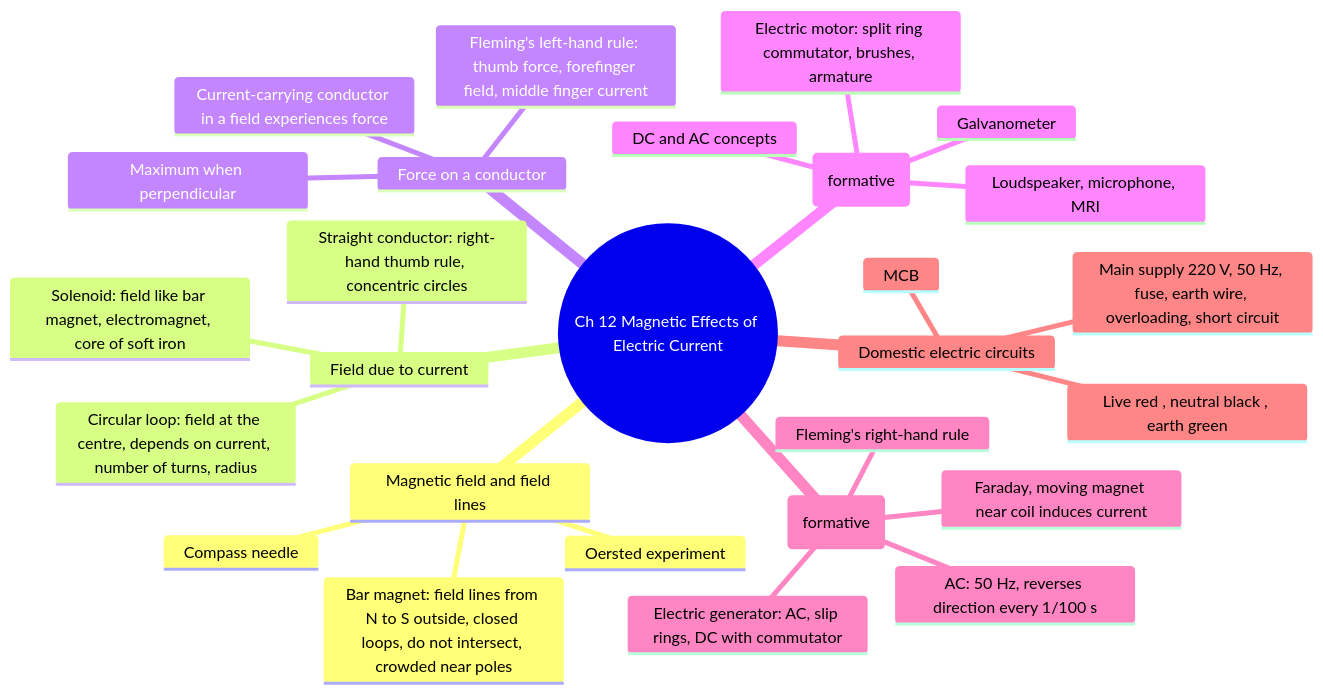
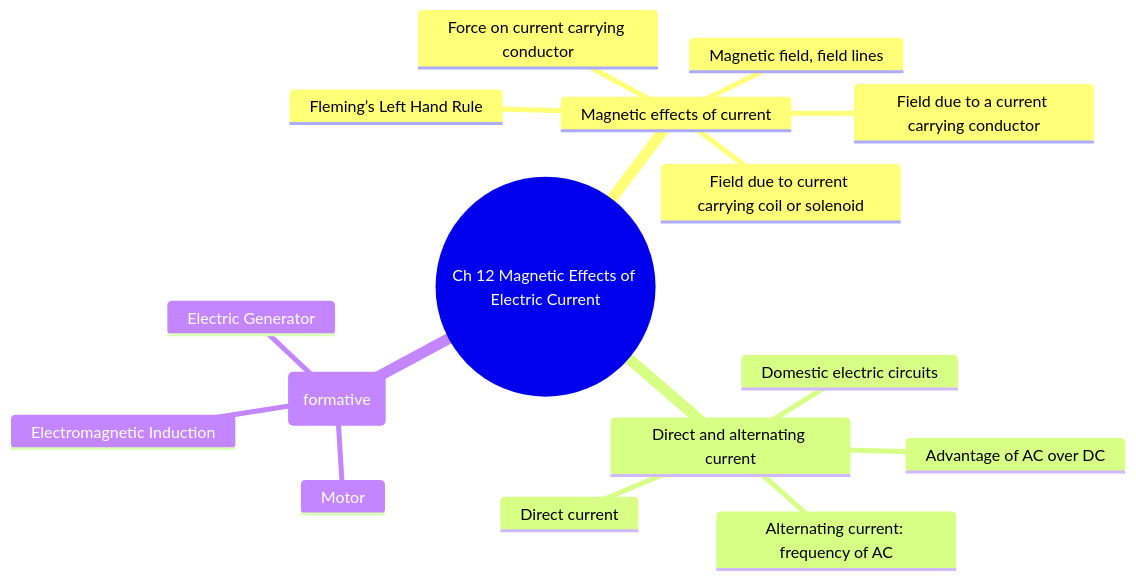
Before and after one commit to anveshix/ifinite-horizon: the diagram in docs/chapters/X-12-magnetic-effects-of-electric-current.md, drawn with Mermaid. The commit also changed other lines of this file and 22 other files, not shown here.

First line of the commit message:
fix(mindmap): rebuild Class X deep maps from the CBSE 2026-27 PDF; correct formative-only scope (Evolution, Motor/EMI/Generator only); add PDF-derived inventory

````diff
--- a/docs/chapters/X-12-magnetic-effects-of-electric-current.md
+++ b/docs/chapters/X-12-magnetic-effects-of-electric-current.md
@@ -5,30 +5,19 @@
 ```mermaid
 mindmap
   root((Ch 12 Magnetic Effects of Electric Current))
-    Magnetic field and field lines
-      Oersted experiment
-      Bar magnet: field lines from N to S outside, closed loops, do not intersect, crowded near poles
-      Compass needle
-    Field due to current
-      Straight conductor: right-hand thumb rule, concentric circles
-      Circular loop: field at the centre, depends on current, number of turns, radius
-      Solenoid: field like bar magnet, electromagnet, core of soft iron
-    Force on a conductor
-      Current-carrying conductor in a field experiences force
-      Fleming's left-hand rule: thumb force, forefinger field, middle finger current
-      Maximum when perpendicular
-    Applications (formative)
-      Electric motor: split ring commutator, brushes, armature
-      Loudspeaker, microphone, MRI
-      Galvanometer
-      DC and AC concepts
-    Electromagnetic induction (formative)
-      Faraday, moving magnet near coil induces current
-      Fleming's right-hand rule
-      Electric generator: AC, slip rings, DC with commutator
-      AC: 50 Hz, reverses direction every 1/100 s
-    Domestic electric circuits
-      Live red , neutral black , earth green
-      Main supply 220 V, 50 Hz, fuse, earth wire, overloading, short circuit
-      MCB
+    Magnetic effects of current
+      Magnetic field, field lines
+      Field due to a current carrying conductor
+      Field due to current carrying coil or solenoid
+      Force on current carrying conductor
+      Fleming’s Left Hand Rule
+    Direct and alternating current
+      Direct current
+      Alternating current: frequency of AC
+      Advantage of AC over DC
+      Domestic electric circuits
+    Motor, Electromagnetic Induction, Electric Generator (formative)
+      Motor
+      Electromagnetic Induction
+      Electric Generator
 ```
````
